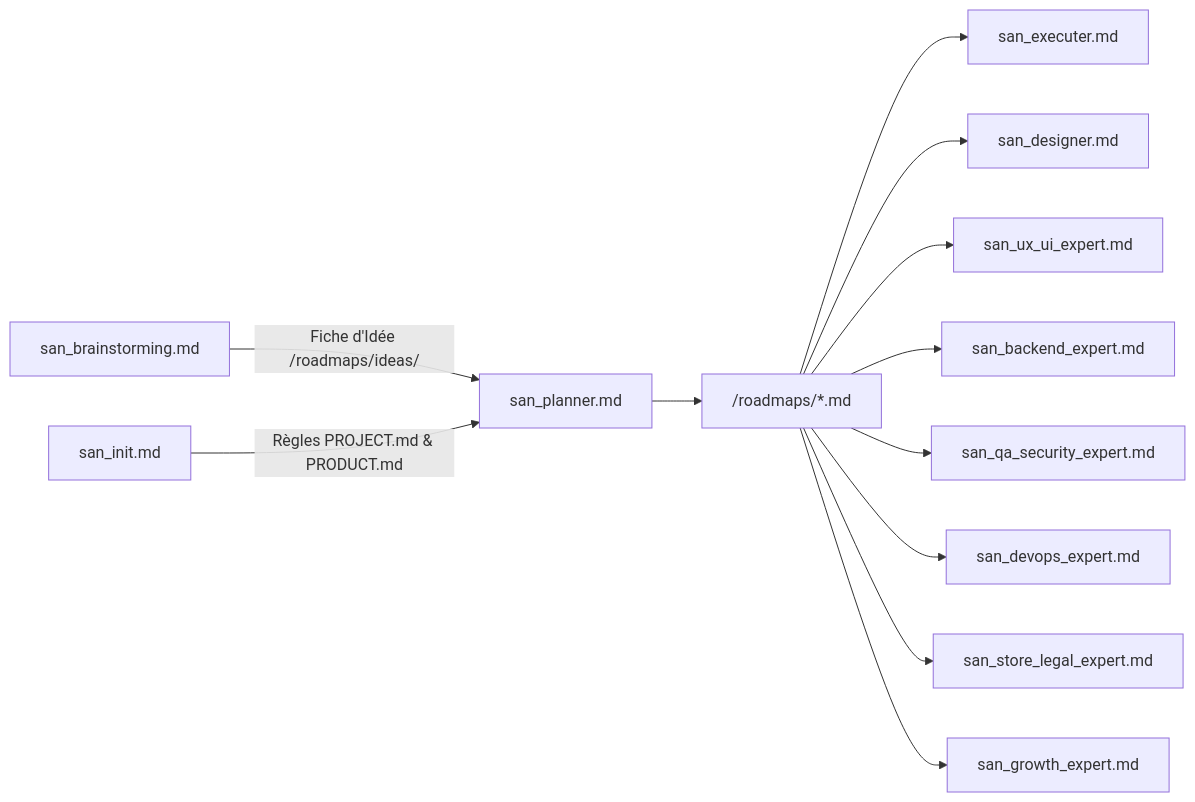
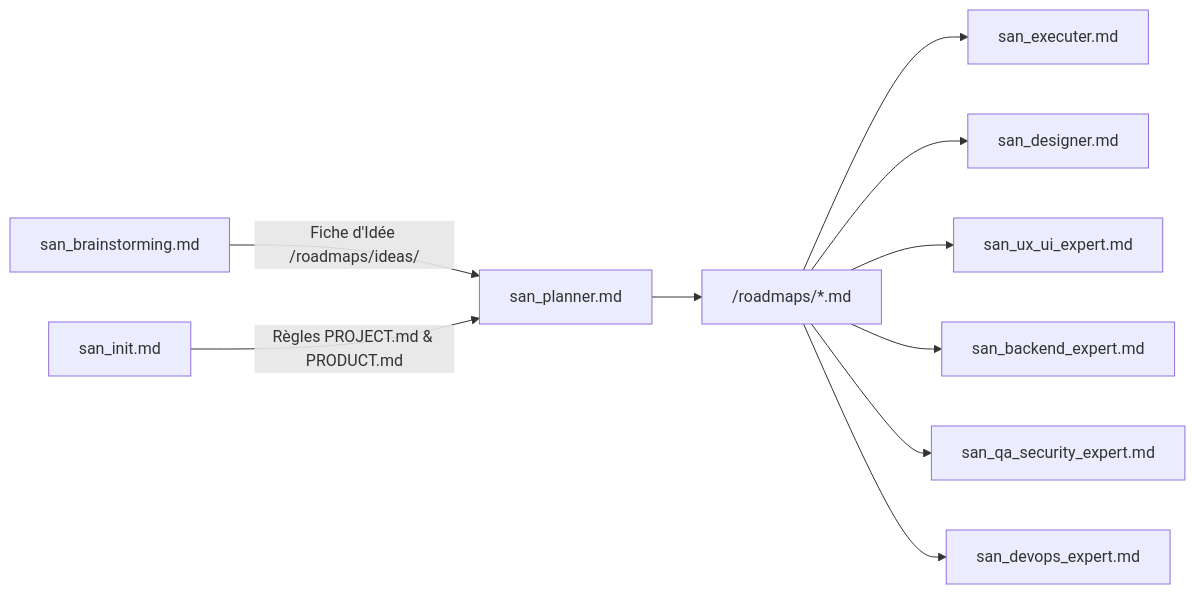
The third of 3 diagrams in skills/san_planner.md (alexsan-dev/san_agy_framework), drawn with Mermaid before and after one commit. The commit also changed other lines of this file and 41 other files, not shown here.

````diff
--- a/skills/san_planner.md
+++ b/skills/san_planner.md
@@ -267,16 +390,14 @@
 ```mermaid
 flowchart LR
     san_brainstorming["san_brainstorming.md"] -->|Fiche d'Idée /roadmaps/ideas/| san_planner["san_planner.md"]
     san_init["san_init.md"] -->|Règles PROJECT.md & PRODUCT.md| san_planner
     
     san_planner --> ROADMAP["/roadmaps/*.md"]
     
     ROADMAP --> san_executer["san_executer.md"]
     ROADMAP --> san_designer["san_designer.md"]
     ROADMAP --> san_ux_ui_expert["san_ux_ui_expert.md"]
     ROADMAP --> san_backend_expert["san_backend_expert.md"]
     ROADMAP --> san_qa_security_expert["san_qa_security_expert.md"]
     ROADMAP --> san_devops_expert["san_devops_expert.md"]
-    ROADMAP --> san_store_legal_expert["san_store_legal_expert.md"]
-    ROADMAP --> san_growth_expert["san_growth_expert.md"]
 ```
````
